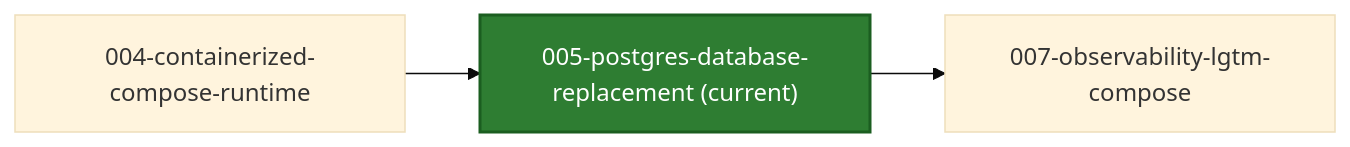
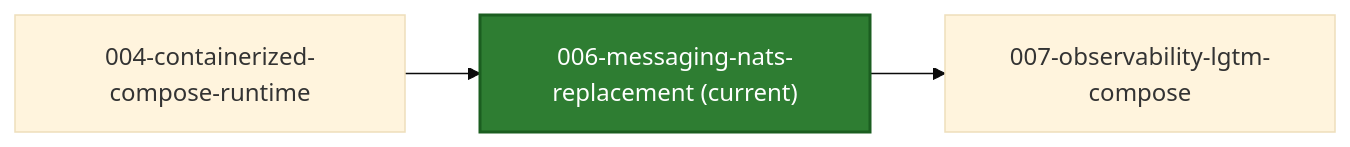
The second of 2 diagrams in README.md (azure-octo/traderX), drawn with Mermaid (base theme) before and after one commit. The commit also changed other lines of this file and 60 other files, not shown here.

First line of the commit message:
snapshot: 006-messaging-nats-replacement generated from a41e87908ebf8e9d2cd385280eacced32887bb1e

````diff
--- a/README.md
+++ b/README.md
@@ -52,12 +52,12 @@
 ```mermaid
 flowchart LR
-  C_CUR["005-postgres-database-replacement (current)"]
+  C_CUR["006-messaging-nats-replacement (current)"]
   style C_CUR fill:#2e7d32,stroke:#1b5e20,color:#ffffff,stroke-width:2px
   C_PREV_004_containerized_compose_runtime["004-containerized-compose-runtime"] --> C_CUR
   click C_PREV_004_containerized_compose_runtime href "https://github.com/finos/traderX/tree/code%2Fgenerated-state-004-containerized-compose-runtime" "Open branch"
-  %% compare: https://github.com/finos/traderX/compare/code%2Fgenerated-state-004-containerized-compose-runtime...code%2Fgenerated-state-005-postgres-database-replacement
+  %% compare: https://github.com/finos/traderX/compare/code%2Fgenerated-state-004-containerized-compose-runtime...code%2Fgenerated-state-006-messaging-nats-replacement
   C_CUR --> C_NEXT_007_observability_lgtm_compose["007-observability-lgtm-compose"]
   click C_NEXT_007_observability_lgtm_compose href "https://github.com/finos/traderX/tree/code%2Fgenerated-state-007-observability-lgtm-compose" "Open branch"
-  %% compare: https://github.com/finos/traderX/compare/code%2Fgenerated-state-005-postgres-database-replacement...code%2Fgenerated-state-007-observability-lgtm-compose
-  click C_CUR href "https://github.com/finos/traderX/tree/code%2Fgenerated-state-005-postgres-database-replacement" "Open current branch"
+  %% compare: https://github.com/finos/traderX/compare/code%2Fgenerated-state-006-messaging-nats-replacement...code%2Fgenerated-state-007-observability-lgtm-compose
+  click C_CUR href "https://github.com/finos/traderX/tree/code%2Fgenerated-state-006-messaging-nats-replacement" "Open current branch"
 ```
````
